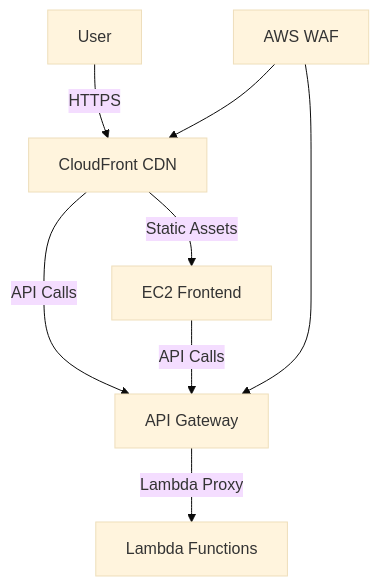
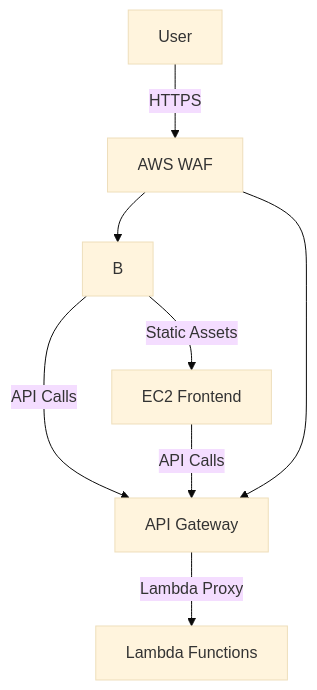
Before and after one commit to guderian120/web_deployment_project: the diagram in Readme.md, drawn with Mermaid (base theme).

````diff
--- a/Readme.md
+++ b/Readme.md
@@ -13,10 +13,10 @@
 ```mermaid
 graph TD
-    A[User] -->|HTTPS| B[CloudFront CDN]
+    A[User] -->|HTTPS| F[AWS WAF]
     B -->|Static Assets| C[EC2 Frontend]
     B -->|API Calls| D[API Gateway]
     D -->|Lambda Proxy| E[Lambda Functions]
     C -->|API Calls| D
     F[AWS WAF] --> B
     F --> D
 ```
````
